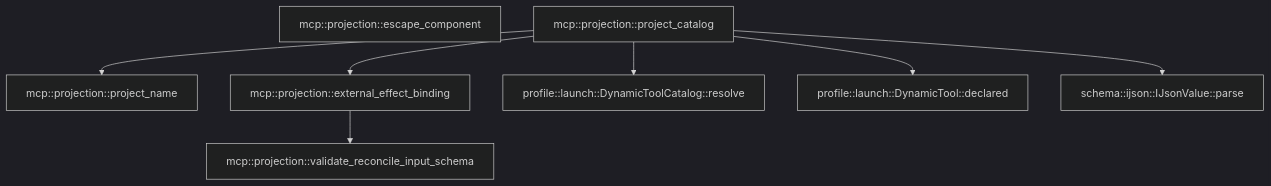
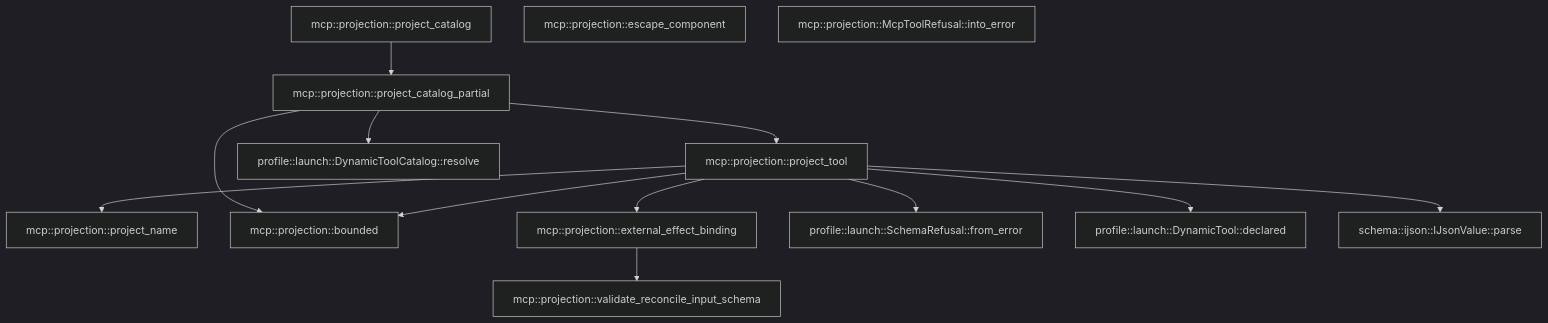
Before and after one commit to TekesApps/TekesKernel: the diagram in crates/mcp/docs/generated/src--projection.md, drawn with Mermaid (dark theme). The commit also changed other lines of this file and 54 other files, not shown here.

````diff
--- a/crates/mcp/docs/generated/src--projection.md
+++ b/crates/mcp/docs/generated/src--projection.md
@@ -49,17 +62,27 @@
 ```mermaid
 flowchart TD
-  n0["mcp::projection::validate_reconcile_input_schema"]
+  n0["mcp::projection::project_catalog_partial"]
   n1["mcp::projection::project_name"]
-  n2["mcp::projection::escape_component"]
-  n3["mcp::projection::project_catalog"]
+  n2["mcp::projection::project_tool"]
+  n3["mcp::projection::bounded"]
   n4["mcp::projection::external_effect_binding"]
-  n5["profile::launch::DynamicToolCatalog::resolve"]
-  n6["profile::launch::DynamicTool::declared"]
-  n7["schema::ijson::IJsonValue::parse"]
-  n3 --> n1
-  n3 --> n4
-  n3 --> n5
-  n3 --> n6
-  n3 --> n7
-  n4 --> n0
+  n5["mcp::projection::project_catalog"]
+  n6["mcp::projection::validate_reconcile_input_schema"]
+  n7["mcp::projection::escape_component"]
+  n8["mcp::projection::McpToolRefusal::into_error"]
+  n9["profile::launch::DynamicToolCatalog::resolve"]
+  n10["profile::launch::SchemaRefusal::from_error"]
+  n11["profile::launch::DynamicTool::declared"]
+  n12["schema::ijson::IJsonValue::parse"]
+  n0 --> n2
+  n0 --> n3
+  n0 --> n9
+  n2 --> n1
+  n2 --> n3
+  n2 --> n4
+  n2 --> n10
+  n2 --> n11
+  n2 --> n12
+  n4 --> n6
+  n5 --> n0
 ```
````
